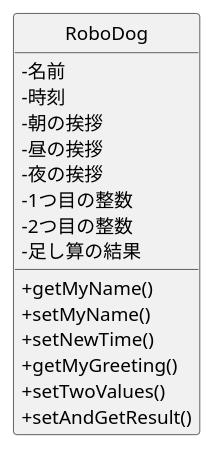
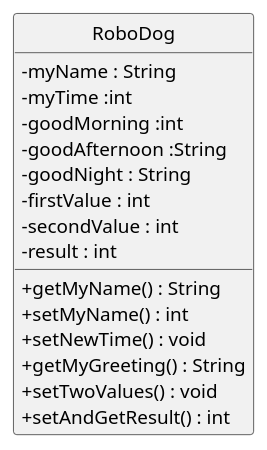
Before and after one commit to sugimoto0804/o-hara_uml: the diagram in 06_robo_dog/class.pu, drawn with PlantUML. The commit also changed 1 other file, not shown here.

```diff
--- a/06_robo_dog/class.pu
+++ b/06_robo_dog/class.pu
@@ -1,23 +1,23 @@
 @startuml Robodogクラス図
 skinparam classAttributeIconSize 0
 hide circle
  
 class RoboDog {
--名前
--時刻
--朝の挨拶
--昼の挨拶
--夜の挨拶
--1つ目の整数
--2つ目の整数
--足し算の結果
+-myName : String
+-myTime :int
+-goodMorning :int
+-goodAfternoon :String
+-goodNight : String
+-firstValue : int
+-secondValue : int
+-result : int
  
-+getMyName()
-+setMyName()
-+setNewTime()
-+getMyGreeting()
-+setTwoValues()
-+setAndGetResult()
++getMyName() : String
++setMyName() : int
++setNewTime() : void
++getMyGreeting() : String
++setTwoValues() : void
++setAndGetResult() : int
 }
  
 @enduml
```
